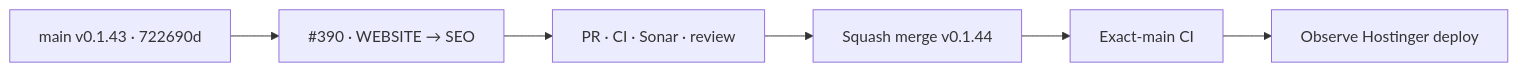
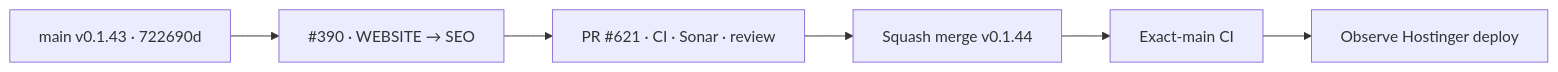
One commit to pl0n3r/brvtal changed the diagram in README.md. Above: the diagram before and after it, drawn with Mermaid. The commit also changed other lines of this file, not shown here.

````diff
--- a/README.md
+++ b/README.md
@@ -54,8 +54,8 @@
 ```mermaid
 flowchart LR
  B["main v0.1.43 · 722690d"] --> S["#390 · WEBSITE → SEO"]
- S --> P["PR · CI · Sonar · review"]
+ S --> P["PR #621 · CI · Sonar · review"]
  P --> M["Squash merge v0.1.44"]
  M --> X["Exact-main CI"]
  X --> D["Observe Hostinger deploy"]
 ```
````
